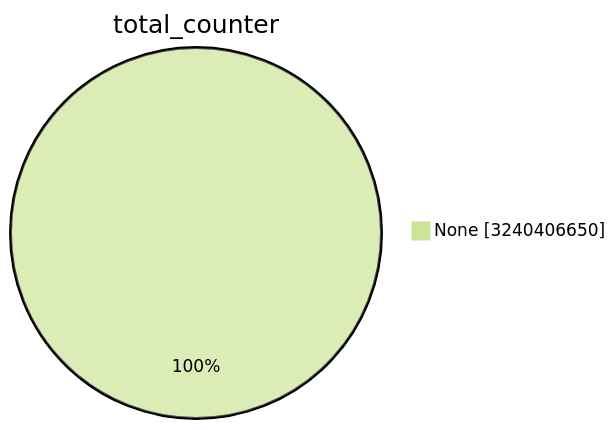
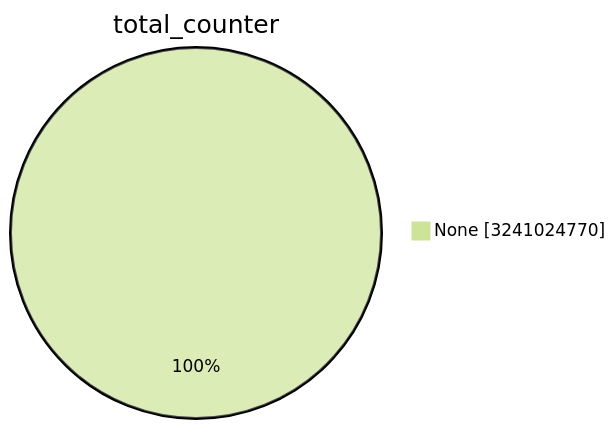
Before and after one commit to christiankrug/ctmonitor_visualization: the first of 15 diagrams in TOTAL/README.md, drawn with Mermaid (forest theme). The commit also changed other lines of this file, not shown here.

````diff
--- a/TOTAL/README.md
+++ b/TOTAL/README.md
@@ -1,5 +1,5 @@
 ```mermaid
 pie showData
 title total_counter
-"None" :3240406650
+"None" :3241024770
 ```
````
